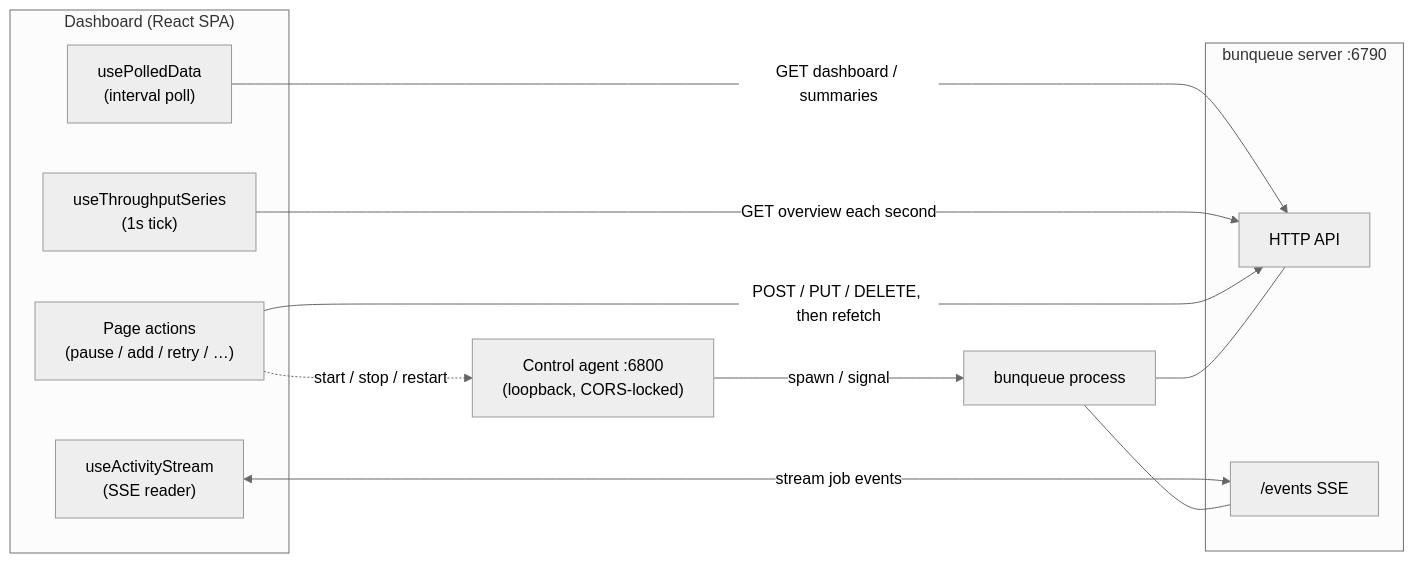
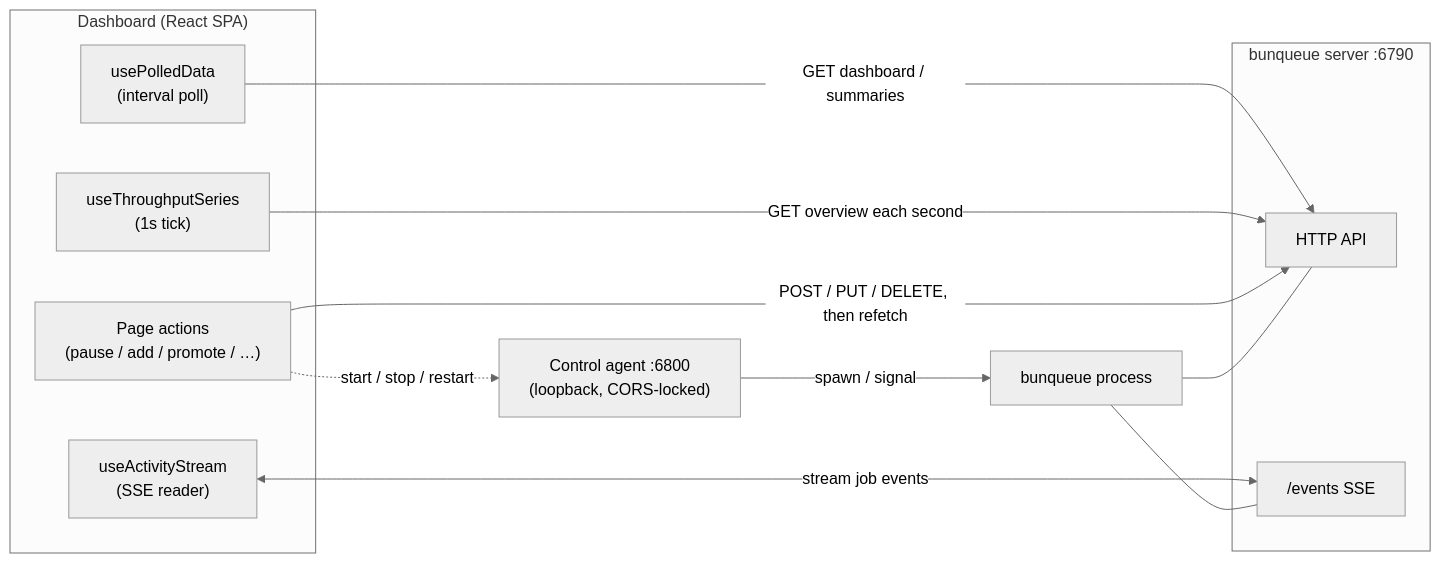
The diagram in docs/architecture.md (egeominotti/bunqueue-dashboard), drawn with Mermaid (neutral theme) before and after one commit. The commit also changed other lines of this file and 183 other files, not shown here.

````diff
--- a/docs/architecture.md
+++ b/docs/architecture.md
@@ -60,26 +60,26 @@
 ```mermaid
 flowchart LR
   subgraph Dashboard["Dashboard (React SPA)"]
     P["usePolledData<br/>(interval poll)"]
     S["useActivityStream<br/>(SSE reader)"]
     T["useThroughputSeries<br/>(1s tick)"]
-    W["Page actions<br/>(pause / add / retry / …)"]
+    W["Page actions<br/>(pause / add / promote / …)"]
   end
 
   subgraph Server["bunqueue server :6790"]
     H["HTTP API"]
     E["/events SSE"]
   end
 
   A["Control agent :6800<br/>(loopback, CORS-locked)"]
   Proc["bunqueue process"]
 
   P -->|"GET dashboard / summaries"| H
   T -->|"GET overview each second"| H
   S <-->|"stream job events"| E
   W -->|"POST / PUT / DELETE, then refetch"| H
   W -.->|"start / stop / restart"| A
   A -->|"spawn / signal"| Proc
   Proc --- H
   Proc --- E
 ```
````
